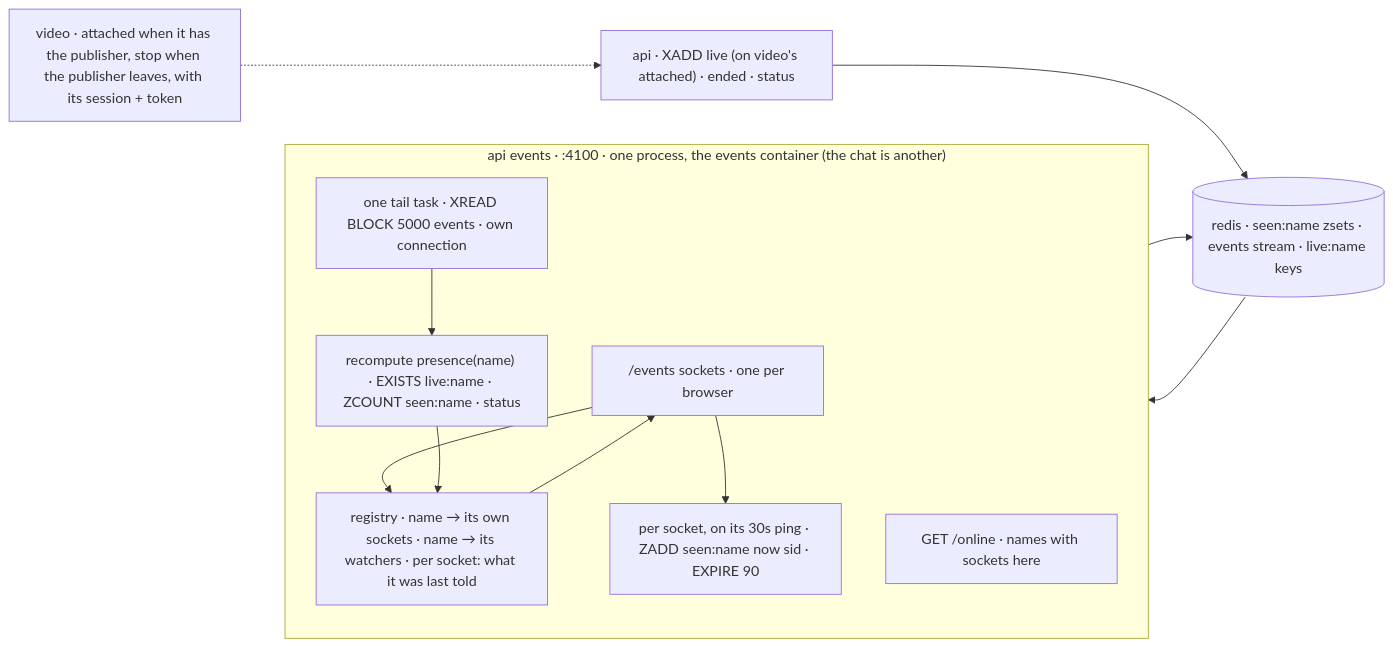
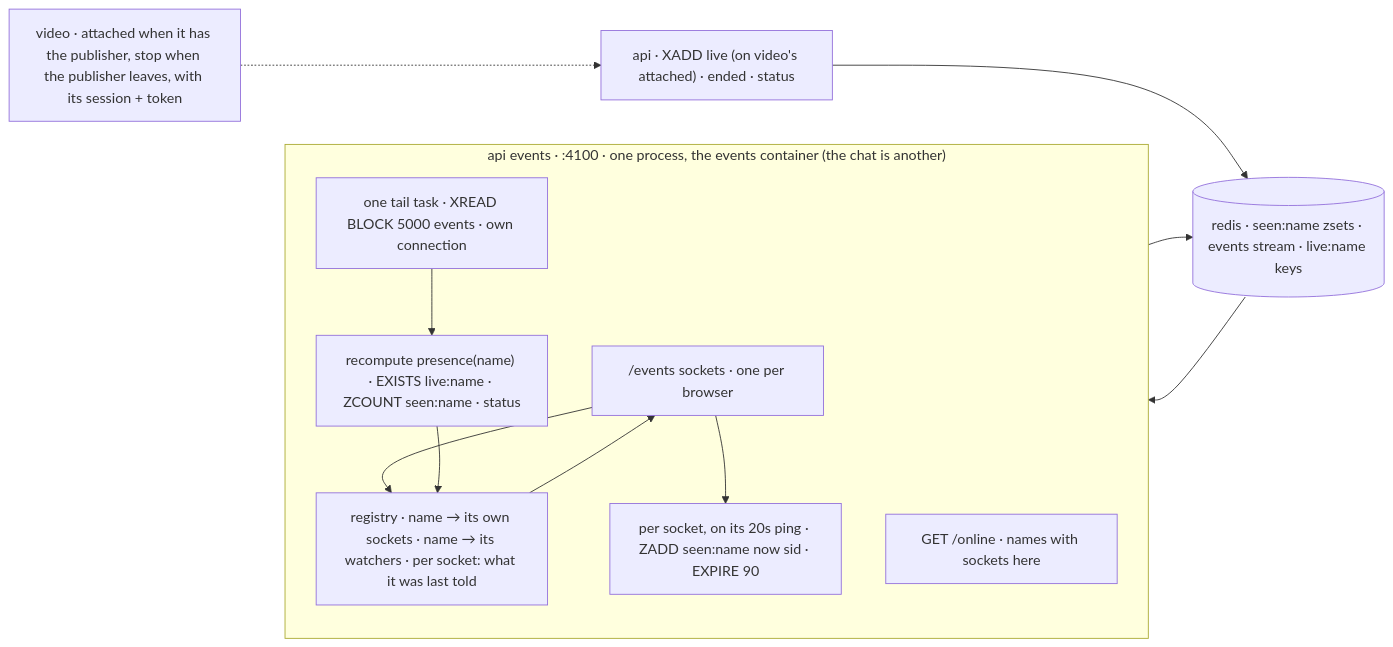
Before and after one commit to ZeroNerodaHero/slop-stream-architecture: the third of 4 diagrams in docs/status.md, drawn with Mermaid. The commit also changed other lines of this file and 8 other files, not shown here.

Commit message:
chat, events: subscriptions owned by drop guards, counts from the live set, 20s/45s heartbeat, bounded events queue, per-ip chat socket cap

````diff
--- a/docs/status.md
+++ b/docs/status.md
@@ -143,21 +143,21 @@
 ```mermaid
 flowchart LR
   subgraph proc["api events · :4100 · one process, the events container (the chat is another)"]
     direction TB
     ev["/events sockets · one per browser"]
     reg["registry · name → its own sockets · name → its watchers · per socket: what it was last told"]
-    tick["per socket, on its 30s ping · ZADD seen:name now sid · EXPIRE 90"]
+    tick["per socket, on its 20s ping · ZADD seen:name now sid · EXPIRE 90"]
     tail["one tail task · XREAD BLOCK 5000 events · own connection"]
     re["recompute presence(name) · EXISTS live:name · ZCOUNT seen:name · status"]
     online["GET /online · names with sockets here"]
   end
   redis[("redis · seen:name zsets · events stream · live:name keys")]
   api["api · XADD live (on video's attached) · ended · status"]
   video["video · attached when it has the publisher, stop when the publisher leaves, with its session + token"]
 
   ev --> reg
   ev --> tick --> redis
   api --> redis
   video -.-> api
   redis --> tail --> re --> reg --> ev
 ```
````
